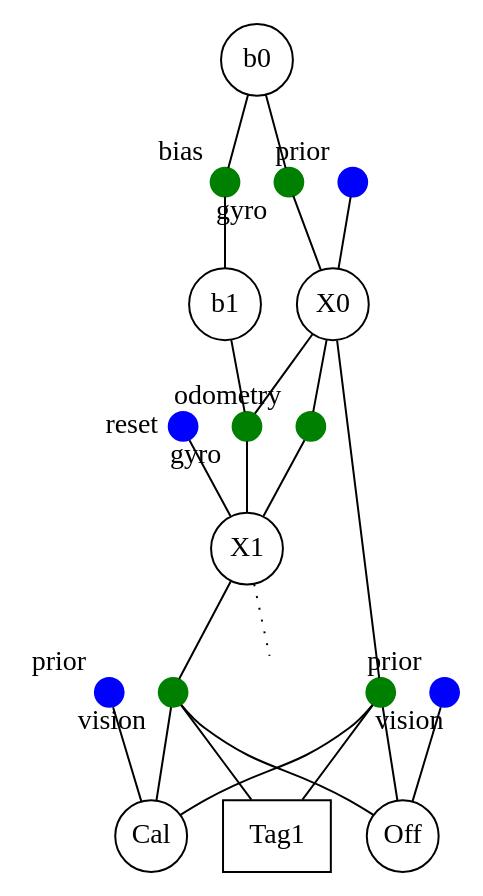
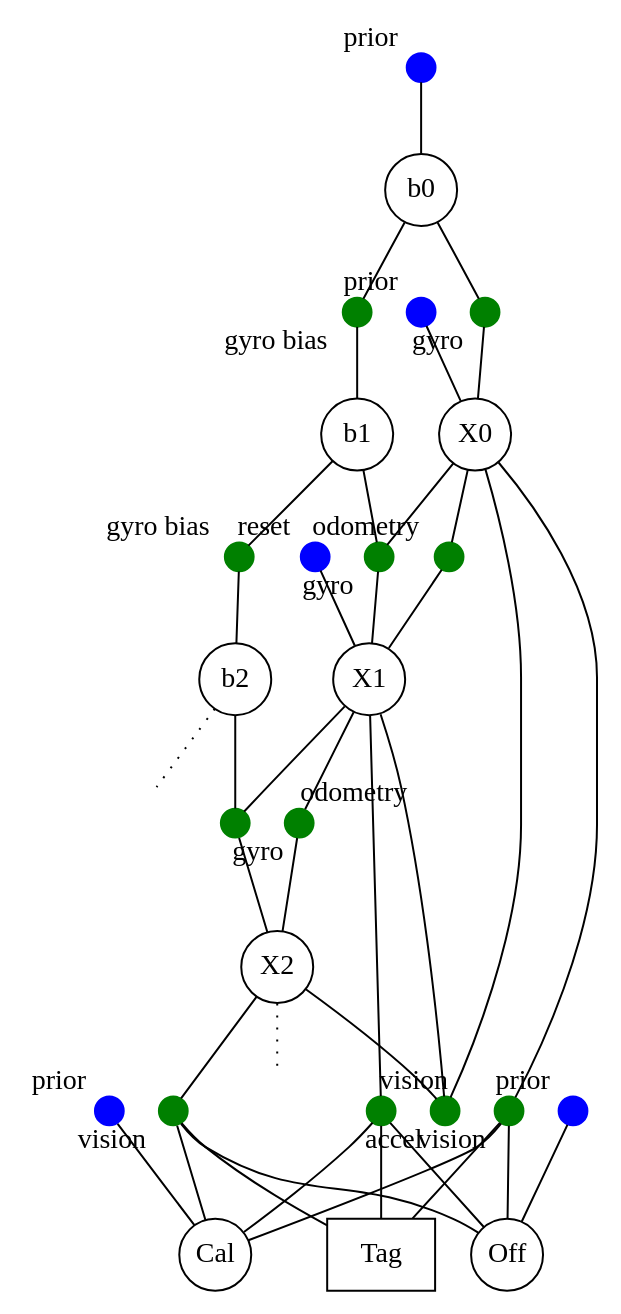
Before and after one commit to Team100/all24: the diagram in raspberry_pi/doc/gtsam_model.dot, drawn with Graphviz. The commit also changed 1 other file, not shown here.

Commit message:
update the model diagram

```diff
--- a/raspberry_pi/doc/gtsam_model.dot
+++ b/raspberry_pi/doc/gtsam_model.dot
@@ -1,48 +1,73 @@
 /**
  * To render this file, install the tintinweb Graphviz preview extension and click
  * the little "DOT" that appears in the upper right.  Choose the "FDP" engine,
  * which notices the "pos" parameter.
  */
 graph {
     Xp [color = "blue";shape = "point";width = "0.2";xlabel = "prior";];
     X0 [label = "X0";shape = "circle";pos = "10,12!";margin = -0.1;];
     O0 [color = "green";shape = "point";width = "0.2";xlabel = "odometry";];
+    O1 [color = "green";shape = "point";width = "0.2";xlabel = "odometry";];
     X1 [label = "X1";shape = "circle";pos = "12,12!";margin = -0.1;];
-    Xe [label = "";shape = "none";pos = "13,12!";];
-    t0 [label = "Tag1";shape = "box";pos = "11,15!";];
-    c0 [label = "Off";shape = "circle";margin = -0.1;pos = "11,14!";];
-    cp [color = "blue";shape = "point";width = "0.2";pos = "12,14!";xlabel = "prior";];
-    k0 [label = "Cal";shape = "circle";margin = -0.1;pos = "11,13!";];
-    kp [color = "blue";shape = "point";width = "0.2";pos = "10,13!";xlabel = "prior";];
-    v0 [color = "green";shape = "point";width = "0.2";xlabel = "vision";];
-    v1 [color = "green";shape = "point";width = "0.2";xlabel = "vision ";];
+    X2 [label = "X2";shape = "circle";pos = "14,12!";margin = -0.1;];
+    Xe [label = "";shape = "none";pos = "16,12!";];
+    t0 [label = "Tag";shape = "box";pos = "12,16!";];
+    c0 [label = "Off";shape = "circle";margin = -0.1;pos = "9,15!";];
+    cp [color = "blue";shape = "point";width = "0.2";xlabel = "prior";];
+    k0 [label = "Cal";shape = "circle";margin = -0.1;pos = "9,13!";];
+    kp [color = "blue";shape = "point";width = "0.2";xlabel = "prior";];
+    bp [color = "blue";shape = "point";width = "0.2";xlabel = "prior";];
+    v0 [color = "green";shape = "point";width = "0.2";pos="11,14!";xlabel = "vision";];
+    v1 [color = "green";shape = "point";width = "0.2";pos="12,14!";xlabel = "vision ";];
+    v2 [color = "green";shape = "point";width = "0.2";pos="13,14!"; xlabel = "vision ";];
     g0 [color = "green";shape = "point";width = "0.2";xlabel = "gyro";];
     g1 [color = "green";shape = "point";width = "0.2";xlabel = "gyro ";];
+    g2 [color = "green";shape = "point";width = "0.2";xlabel = "gyro ";];
     b0 [label = "b0";shape = "circle";pos = "10,10!";margin = -0.1;];
     b1 [label = "b1";shape = "circle";pos = "12,10!";margin = -0.1;];
-    bb [color = "green";shape = "point";width = "0.2";xlabel = "bias";];
+    b2 [label = "b2";shape = "circle";pos = "14,10!";margin = -0.1;];
+    bb [color = "green";shape = "point";width = "0.2";xlabel = "gyro bias";];
+    bc [color = "green";shape = "point";width = "0.2";xlabel = "gyro bias";];
+    bd [label = "";shape = "none";pos = "16,10!";];
     br [color = "blue";shape = "point";width = "0.2";xlabel = "reset";];
+    a0 [color="green";shape="point";width="0.2";pos="12.25,11.25!";xlabel="accel";];
     
     Xp -- X0;
     X0 -- O0;
     O0 -- X1;
-    X1 -- Xe [style = "dotted";];
+    X1 -- O1;
+    O1 -- X2;
+    X2 -- Xe [style = "dotted";];
+    X0 -- a0;
+    X1 -- a0;
+    X2 -- a0;
     X0 -- v0;
     X0 -- g1;
+    X1 -- g2;
     X1 -- v1;
+    X2 -- v2;
     v0 -- t0;
     v1 -- t0;
+    v2 -- t0;
     cp -- c0;
     v0 -- c0;
     v1 -- c0;
+    v2 -- c0;
     kp -- k0;
     v0 -- k0;
     v1 -- k0;
+    v2 -- k0;
     g0 -- X0;
     g1 -- X1;
+    g2 -- X2;
     b0 -- g0;
     b1 -- g1;
+    b2 -- g2;
     b0 -- bb;
+    bp -- b0;
     bb -- b1;
+    b1 -- bc;
+    bc -- b2;
+    b2 -- bd [style = "dotted";];
     br -- X1;
 }
```
